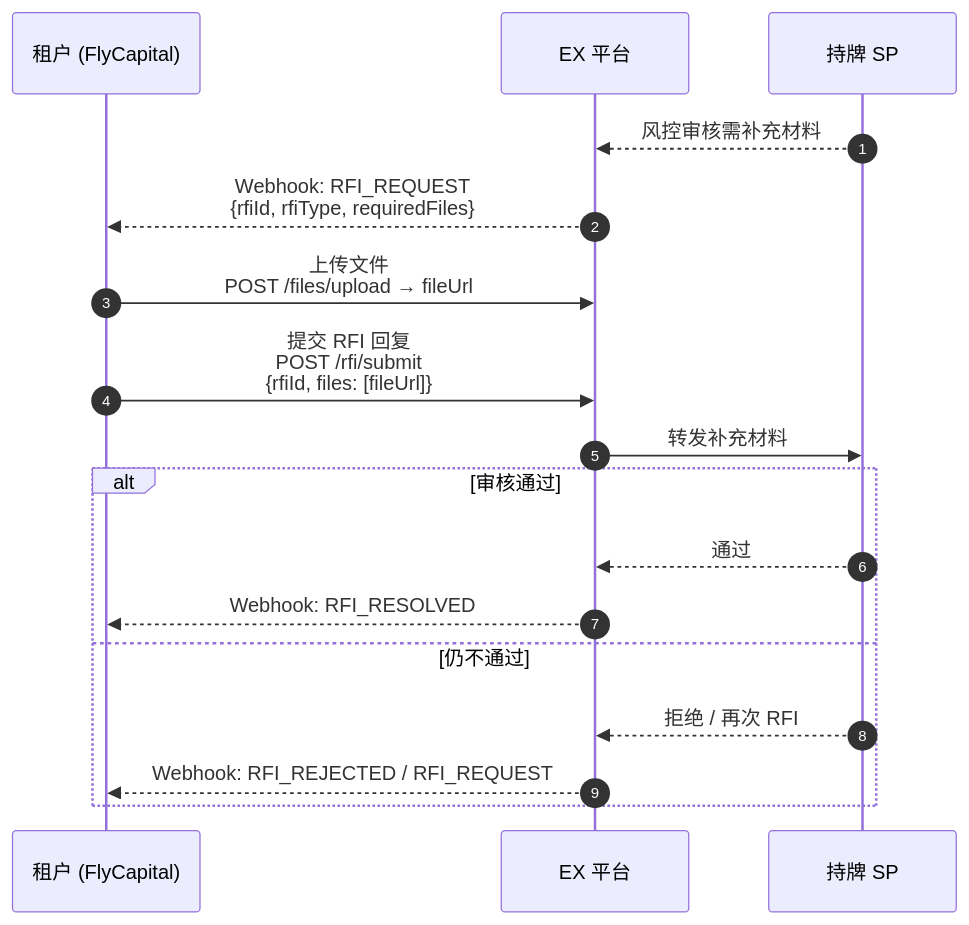
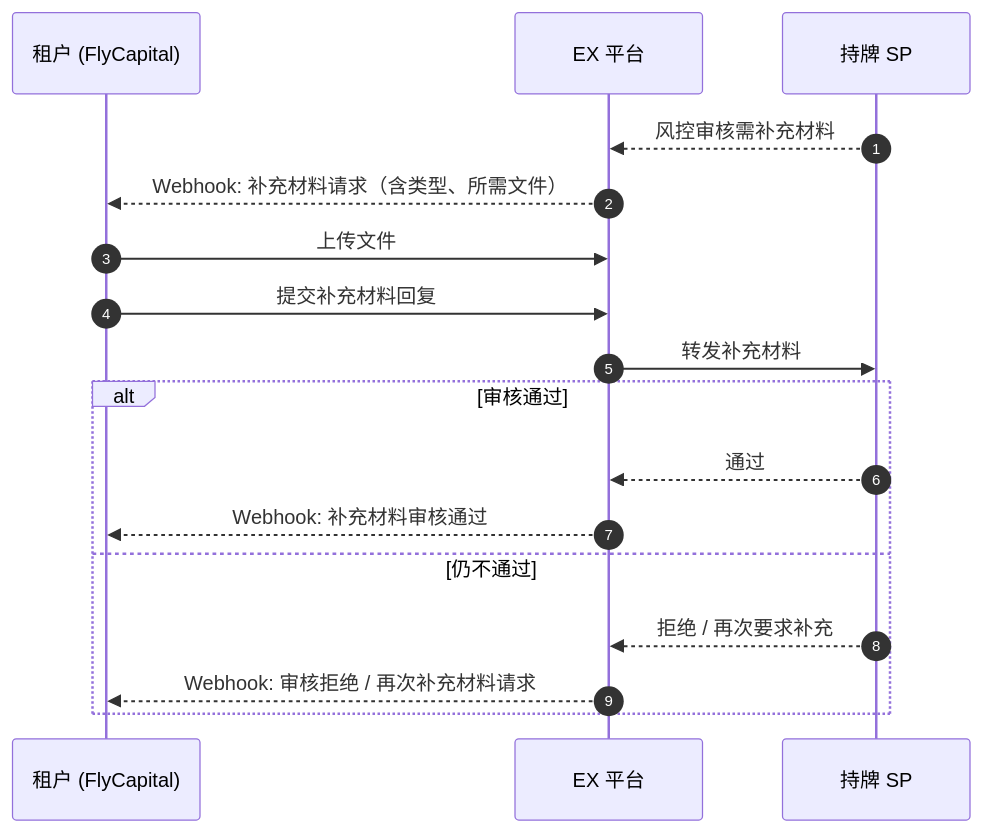
Before and after one commit to xiaoxiaoangie/EX-NEW: the ninth of 9 diagrams in Solutions/solutions/API-SOLUTION/ex-API-vcc-solution.md, drawn with Mermaid. The commit also changed other lines of this file and 18 other files, not shown here.

````diff
--- a/Solutions/solutions/API-SOLUTION/ex-API-vcc-solution.md
+++ b/Solutions/solutions/API-SOLUTION/ex-API-vcc-solution.md
@@ -345,22 +356,22 @@
 ```mermaid
 sequenceDiagram
     autonumber
     participant T as 租户 (FlyCapital)
     participant EX as EX 平台
     participant SP as 持牌 SP
 
     SP-->>EX: 风控审核需补充材料
-    EX-->>T: Webhook: RFI_REQUEST<br/>{rfiId, rfiType, requiredFiles}
+    EX-->>T: Webhook: 补充材料请求（含类型、所需文件）
 
-    T->>EX: 上传文件<br/>POST /files/upload → fileUrl
-    T->>EX: 提交 RFI 回复<br/>POST /rfi/submit<br/>{rfiId, files: [fileUrl]}
+    T->>EX: 上传文件
+    T->>EX: 提交补充材料回复
     EX->>SP: 转发补充材料
 
     alt 审核通过
         SP-->>EX: 通过
-        EX-->>T: Webhook: RFI_RESOLVED
+        EX-->>T: Webhook: 补充材料审核通过
     else 仍不通过
-        SP-->>EX: 拒绝 / 再次 RFI
-        EX-->>T: Webhook: RFI_REJECTED / RFI_REQUEST
+        SP-->>EX: 拒绝 / 再次要求补充
+        EX-->>T: Webhook: 审核拒绝 / 再次补充材料请求
     end
 ```
````
